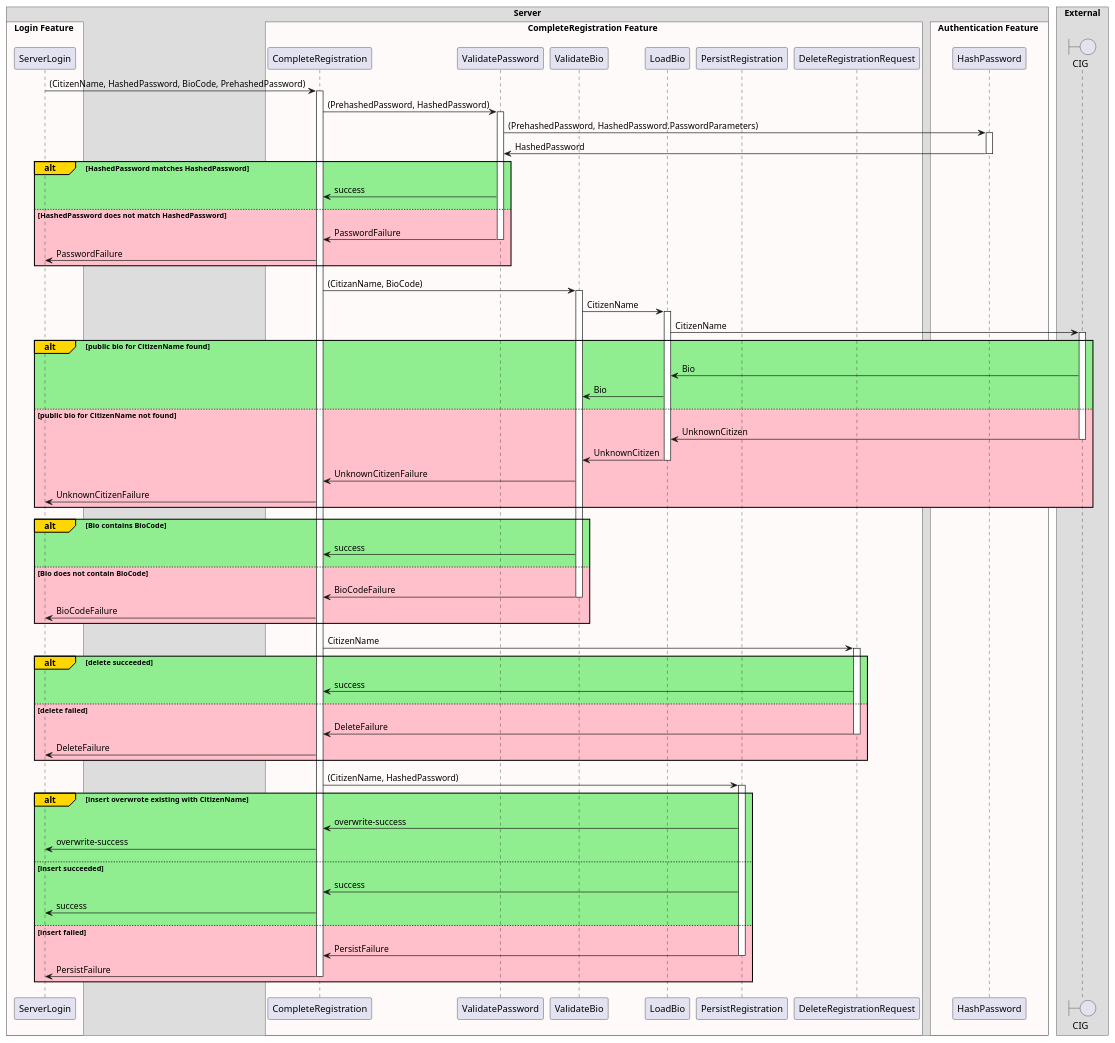
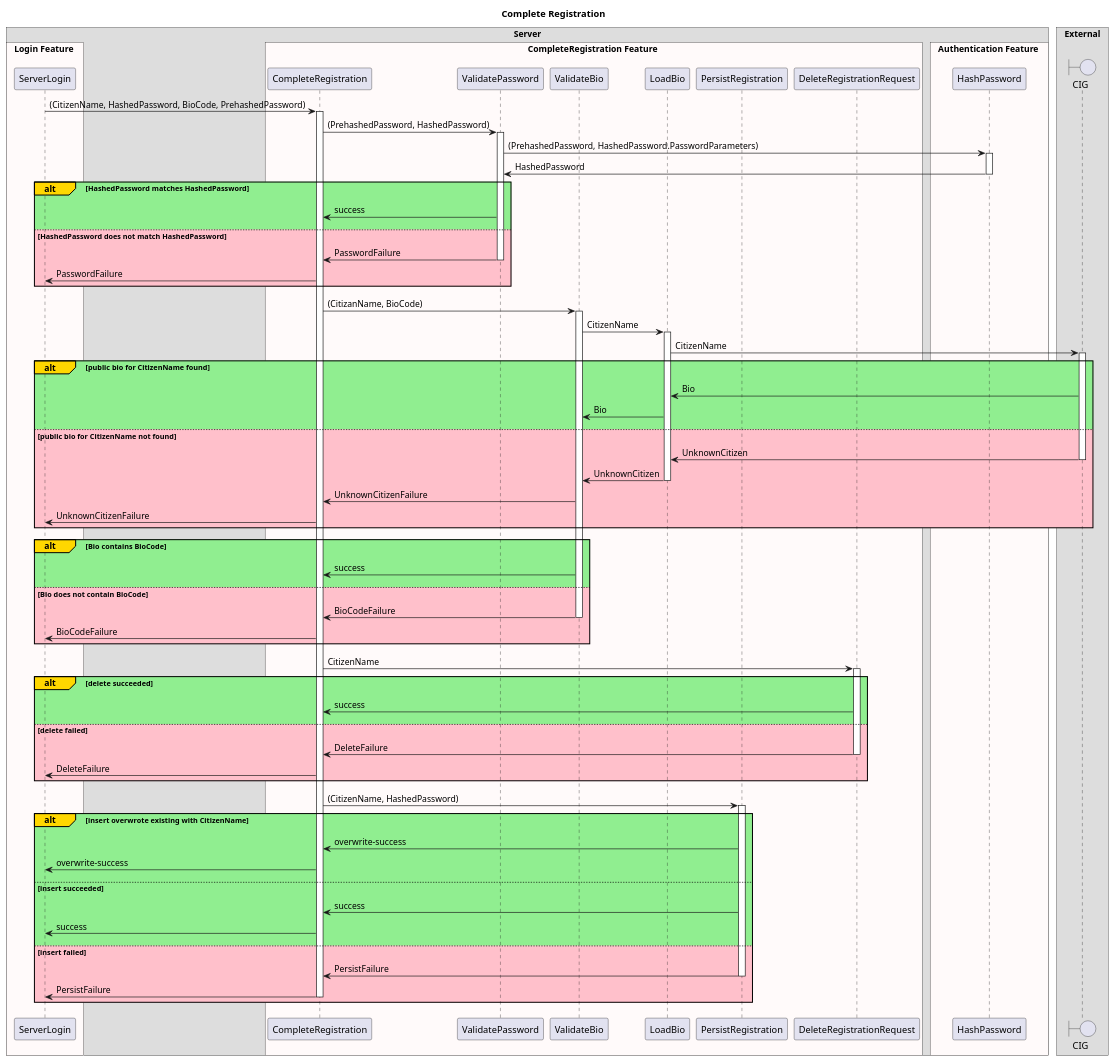
Before and after one commit to PaulBraetz/CitizenBank: the diagram in CitizenBank/Features/Authentication/CompleteRegistration/Sequence.puml, drawn with PlantUML. The commit also changed 54 other files, not shown here.

```diff
--- a/CitizenBank/Features/Authentication/CompleteRegistration/Sequence.puml
+++ b/CitizenBank/Features/Authentication/CompleteRegistration/Sequence.puml
@@ -1,95 +1,97 @@
 @startuml
 
 !pragma teoz true
 
+title Complete Registration
+
 box Server
-box Login Feature #Snow
-participant ServerLogin
-end box
+    box Login Feature #Snow
+        participant ServerLogin
+    end box
 
-box CompleteRegistration Feature #Snow
-participant CompleteRegistration
-participant ValidatePassword
-participant ValidateBio
-participant LoadBio
-participant PersistRegistration
-participant DeleteRegistrationRequest
-end box
+    box CompleteRegistration Feature #Snow
+        participant CompleteRegistration
+        participant ValidatePassword
+        participant ValidateBio
+        participant LoadBio
+        participant PersistRegistration
+        participant DeleteRegistrationRequest
+    end box
 
-box Authentication Feature #Snow
-participant HashPassword
-end box
+    box Authentication Feature #Snow
+        participant HashPassword
+    end box
 end box
 
 box External
-boundary CIG
+    boundary CIG
 end box
 
 ServerLogin -> CompleteRegistration: (CitizenName, HashedPassword, BioCode, PrehashedPassword)
 activate CompleteRegistration
 CompleteRegistration -> ValidatePassword: (PrehashedPassword, HashedPassword)
 activate ValidatePassword
 ValidatePassword -> HashPassword: (PrehashedPassword, HashedPassword.PasswordParameters)
 activate HashPassword
 HashPassword -> ValidatePassword: HashedPassword
 deactivate HashPassword
 alt#Gold #LightGreen HashedPassword matches HashedPassword
     ValidatePassword -> CompleteRegistration: success
 else #Pink HashedPassword does not match HashedPassword
     ValidatePassword -> CompleteRegistration: PasswordFailure
     deactivate ValidatePassword
     CompleteRegistration -> ServerLogin: PasswordFailure
 end
 
 CompleteRegistration -> ValidateBio: (CitizanName, BioCode)
 activate ValidateBio
 ValidateBio -> LoadBio: CitizenName
 activate LoadBio
 LoadBio -> CIG: CitizenName
 activate CIG
 alt#Gold #LightGreen public bio for CitizenName found
     CIG -> LoadBio: Bio
     LoadBio -> ValidateBio: Bio
 else #Pink public bio for CitizenName not found
     CIG -> LoadBio: UnknownCitizen
     deactivate CIG
     LoadBio -> ValidateBio: UnknownCitizen
     deactivate LoadBio
     ValidateBio -> CompleteRegistration: UnknownCitizenFailure
     CompleteRegistration -> ServerLogin: UnknownCitizenFailure
 end
 
 alt#Gold #LightGreen Bio contains BioCode
     ValidateBio -> CompleteRegistration: success
 else #Pink Bio does not contain BioCode
     ValidateBio -> CompleteRegistration: BioCodeFailure
     deactivate ValidateBio
     CompleteRegistration -> ServerLogin: BioCodeFailure
 end
 
 CompleteRegistration -> DeleteRegistrationRequest: CitizenName
 activate DeleteRegistrationRequest
 alt#Gold #LightGreen delete succeeded
     DeleteRegistrationRequest -> CompleteRegistration: success
 else #Pink delete failed
     DeleteRegistrationRequest -> CompleteRegistration: DeleteFailure
     deactivate DeleteRegistrationRequest
     CompleteRegistration -> ServerLogin: DeleteFailure
 end
 
 CompleteRegistration -> PersistRegistration: (CitizenName, HashedPassword)
 activate PersistRegistration
 alt#Gold #LightGreen insert overwrote existing with CitizenName
     PersistRegistration -> CompleteRegistration: overwrite-success
     CompleteRegistration -> ServerLogin: overwrite-success
 else #LightGreen insert succeeded
     PersistRegistration -> CompleteRegistration: success
     CompleteRegistration -> ServerLogin: success
 else #Pink insert failed
     PersistRegistration -> CompleteRegistration: PersistFailure
     deactivate PersistRegistration
     CompleteRegistration -> ServerLogin: PersistFailure
     deactivate CompleteRegistration
 end
 
 @enduml
```
